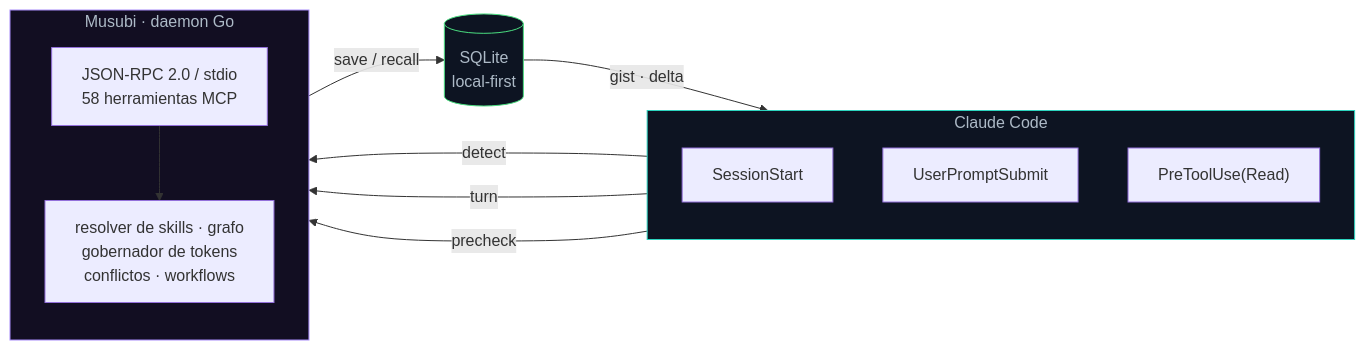
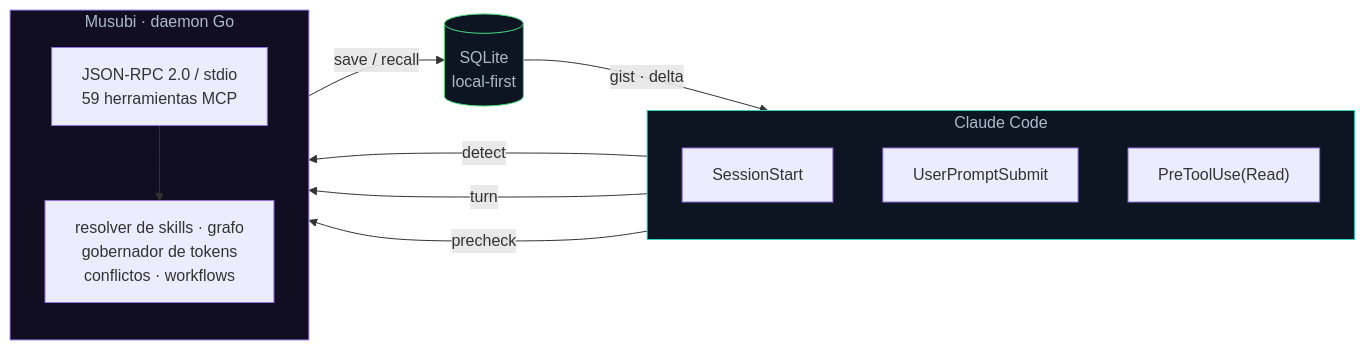
Before and after one commit to codeabraham16/musubi: the first of 3 diagrams in README.md, drawn with Mermaid. The commit also changed other lines of this file and 13 other files, not shown here.

````diff
--- a/README.md
+++ b/README.md
@@ -68,27 +68,27 @@
 ```mermaid
 flowchart LR
     subgraph CC["Claude Code"]
         direction TB
         H1["SessionStart"]
         H2["UserPromptSubmit"]
         H3["PreToolUse(Read)"]
     end
     subgraph M["Musubi · daemon Go"]
         direction TB
-        RPC["JSON-RPC 2.0 / stdio<br/>58 herramientas MCP"]
+        RPC["JSON-RPC 2.0 / stdio<br/>59 herramientas MCP"]
         COG["resolver de skills · grafo<br/>gobernador de tokens<br/>conflictos · workflows"]
     end
     DB[("SQLite<br/>local-first")]
 
     H1 -- "detect" --> RPC
     H2 -- "turn" --> RPC
     H3 -- "precheck" --> RPC
     RPC --> COG
     COG -- "save / recall" --> DB
     DB -- "gist · delta" --> CC
 
     classDef cc fill:#0d1422,stroke:#2dd4bf,color:#adbac7;
     classDef mm fill:#120e22,stroke:#a78bfa,color:#adbac7;
     classDef db fill:#0d1422,stroke:#4ade80,color:#adbac7;
     class CC cc; class M mm; class DB db;
 ```
````
